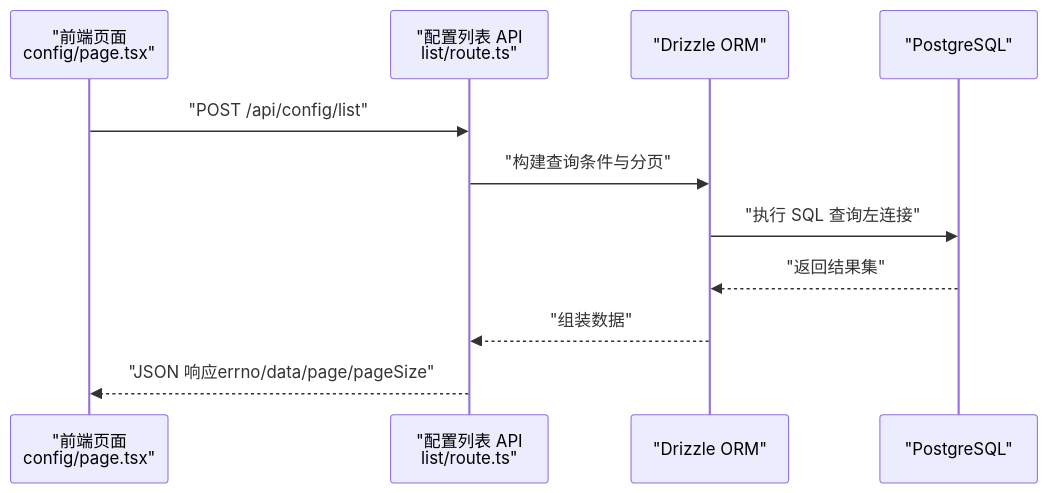
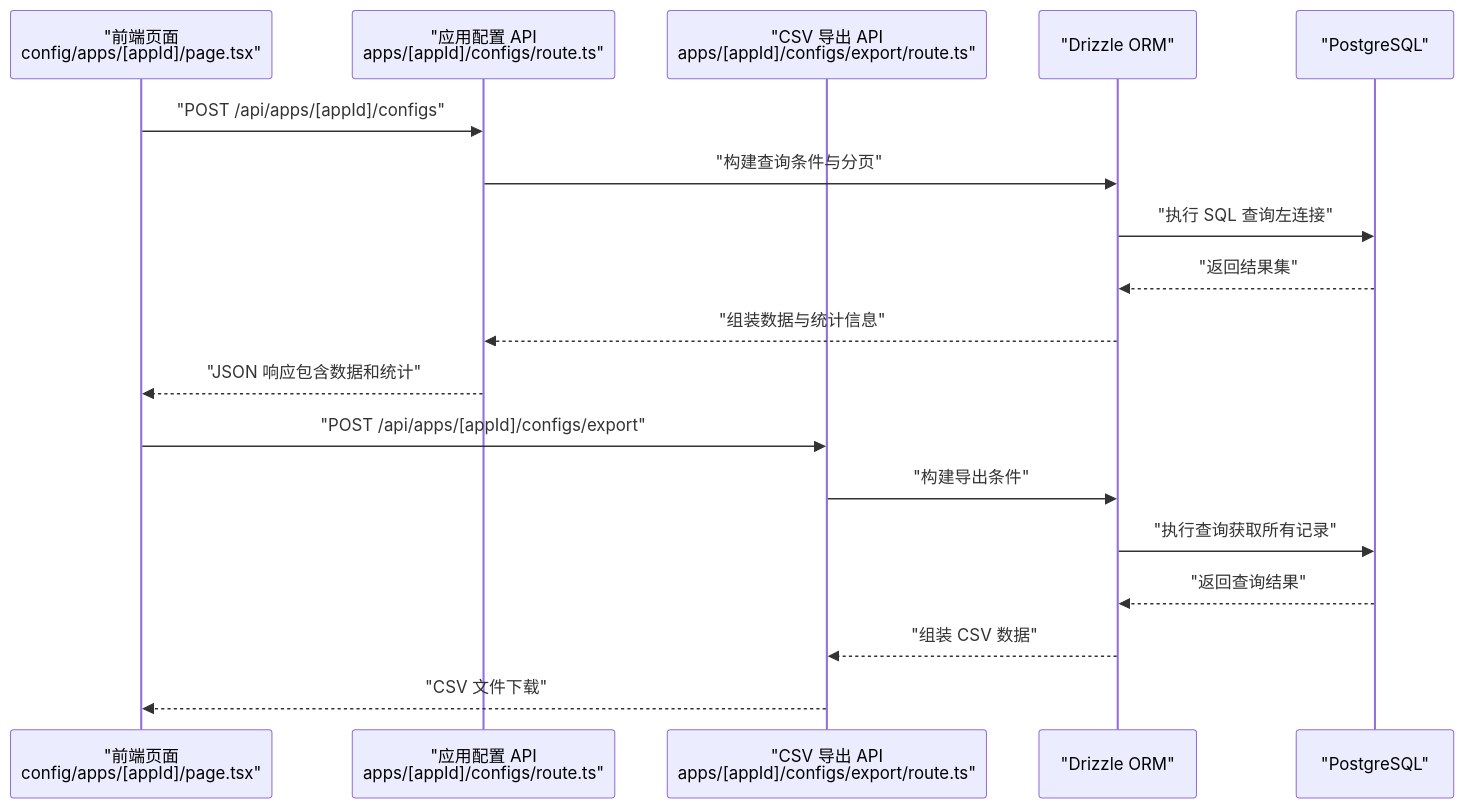
The second of 8 diagrams in .qoder/repowiki/zh/content/数据库集成/API 接口设计/应用管理 API.md (HAOFUYANG/nextjs-admin), drawn with Mermaid before and after one commit. The commit also changed other lines of this file and 6 other files, not shown here.

````diff
--- a/.qoder/repowiki/zh/content/数据库集成/API 接口设计/应用管理 API.md
+++ b/.qoder/repowiki/zh/content/数据库集成/API 接口设计/应用管理 API.md
@@ -95,13 +117,20 @@
 ```mermaid
 sequenceDiagram
-participant FE as "前端页面<br/>config/page.tsx"
-participant API as "配置列表 API<br/>list/route.ts"
+participant FE as "前端页面<br/>config/apps/[appId]/page.tsx"
+participant APPS_API as "应用配置 API<br/>apps/[appId]/configs/route.ts"
+participant EXPORT_API as "CSV 导出 API<br/>apps/[appId]/configs/export/route.ts"
 participant ORM as "Drizzle ORM"
 participant PG as "PostgreSQL"
-FE->>API : "POST /api/config/list"
-API->>ORM : "构建查询条件与分页"
+FE->>APPS_API : "POST /api/apps/[appId]/configs"
+APPS_API->>ORM : "构建查询条件与分页"
 ORM->>PG : "执行 SQL 查询左连接"
 PG-->>ORM : "返回结果集"
-ORM-->>API : "组装数据"
-API-->>FE : "JSON 响应errno/data/page/pageSize"
+ORM-->>APPS_API : "组装数据与统计信息"
+APPS_API-->>FE : "JSON 响应包含数据和统计"
+FE->>EXPORT_API : "POST /api/apps/[appId]/configs/export"
+EXPORT_API->>ORM : "构建导出条件"
+ORM->>PG : "执行查询获取所有记录"
+PG-->>ORM : "返回查询结果"
+ORM-->>EXPORT_API : "组装 CSV 数据"
+EXPORT_API-->>FE : "CSV 文件下载"
 ```
````
